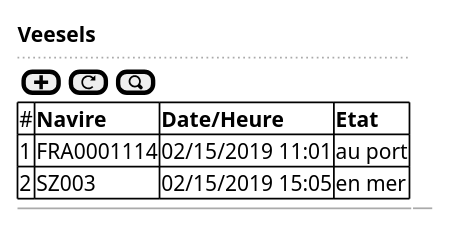
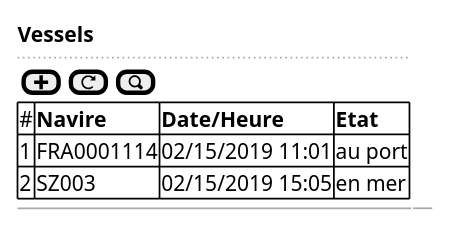
One commit to sumaris-net/sumaris-doc changed the diagram in use-case/administration/vessel-ui.puml. Above: the diagram before and after it, drawn with PlantUML. The commit also changed 7 other files, not shown here.

```diff
--- a/use-case/administration/vessel-ui.puml
+++ b/use-case/administration/vessel-ui.puml
@@ -1,15 +1,15 @@
 @startsalt
 {
-  <b>Veesels
+  <b>Vessels
   ..
   {[<&plus>]  | [<&reload>] | [<&magnifying-glass>]}
 
   {#
   # | <b>Navire         | <b>Date/Heure        | <b>Etat
   1 | FRA0001114     | 02/15/2019 11:01  | au port
   2 | SZ003          | 02/15/2019 15:05  | en mer
   }
 
   -- | --
 }
 @endsalt
```
